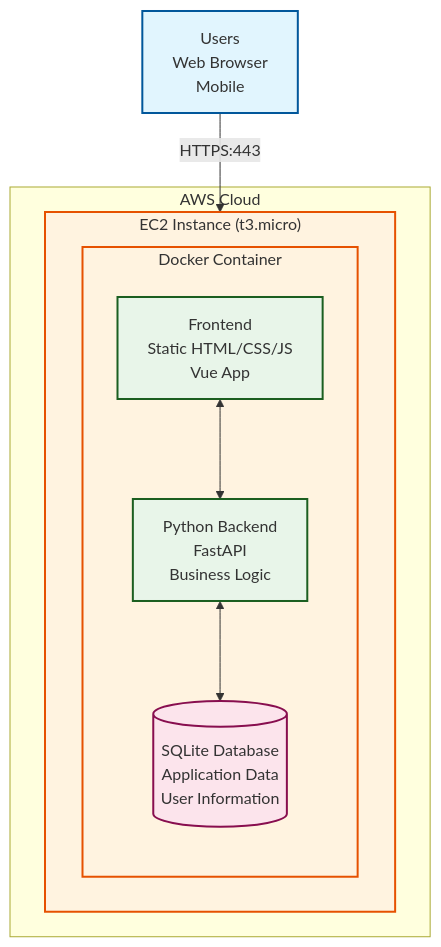
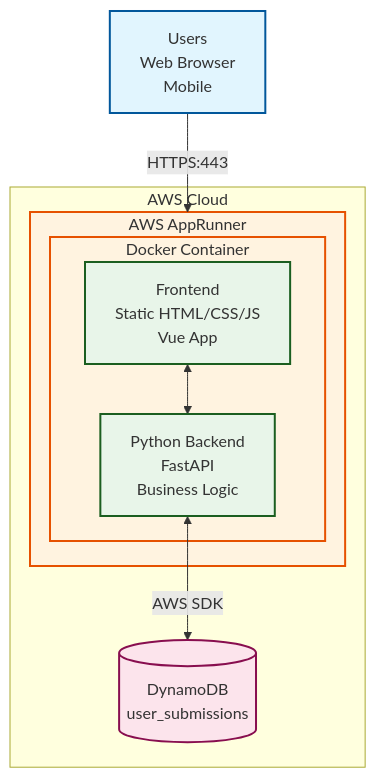
The diagram in docs/ARCHITECTURE.md (michaelmcallister/hotspot), drawn with Mermaid before and after one commit. The commit also changed other lines of this file, not shown here.

Commit message:
Add in DynamoDB dependency for persistence

````diff
--- a/docs/ARCHITECTURE.md
+++ b/docs/ARCHITECTURE.md
@@ -9,40 +9,40 @@
 ```mermaid
 flowchart TB
   %% Users
   Users[Users
   Web Browser
   Mobile]
 
   %% AWS Infrastructure
   subgraph AWS["AWS Cloud"]
-    subgraph EC2["EC2 Instance (t3.micro)"]
+    subgraph AppRunner["AWS AppRunner"]
       subgraph Docker["Docker Container"]
         Frontend[Frontend
         Static HTML/CSS/JS
         Vue App]
         Backend[Python Backend
         FastAPI
         Business Logic]
-        DB[(SQLite Database
-        Application Data
-        User Information)]
 
         Frontend <--> Backend
-        Backend <--> DB
       end
     end
+
+    DynamoDB[(DynamoDB
+    user_submissions)]
   end
 
-  Users -->|HTTPS:443| EC2
+  Users -->|HTTPS:443| AppRunner
+  Backend <-->|AWS SDK| DynamoDB
 
   %% Styling
   classDef user fill:#e1f5fe,stroke:#01579b,stroke-width:2px
   classDef container fill:#fff3e0,stroke:#e65100,stroke-width:2px
   classDef app fill:#e8f5e9,stroke:#1b5e20,stroke-width:2px
   classDef data fill:#fce4ec,stroke:#880e4f,stroke-width:2px
 
   class Users user
-  class Docker,EC2 container
+  class Docker,AppRunner container
   class Frontend,Backend app
-  class DB data
+  class DynamoDB data
 ```
````
